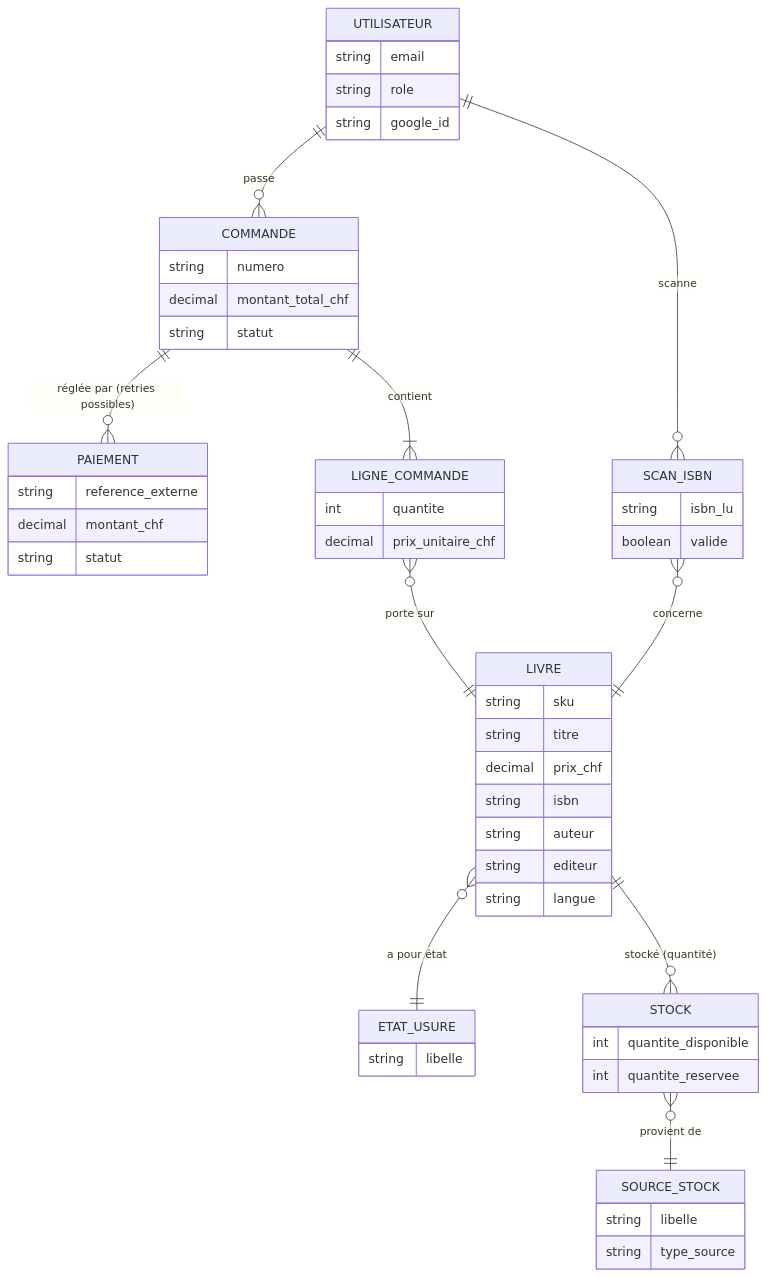
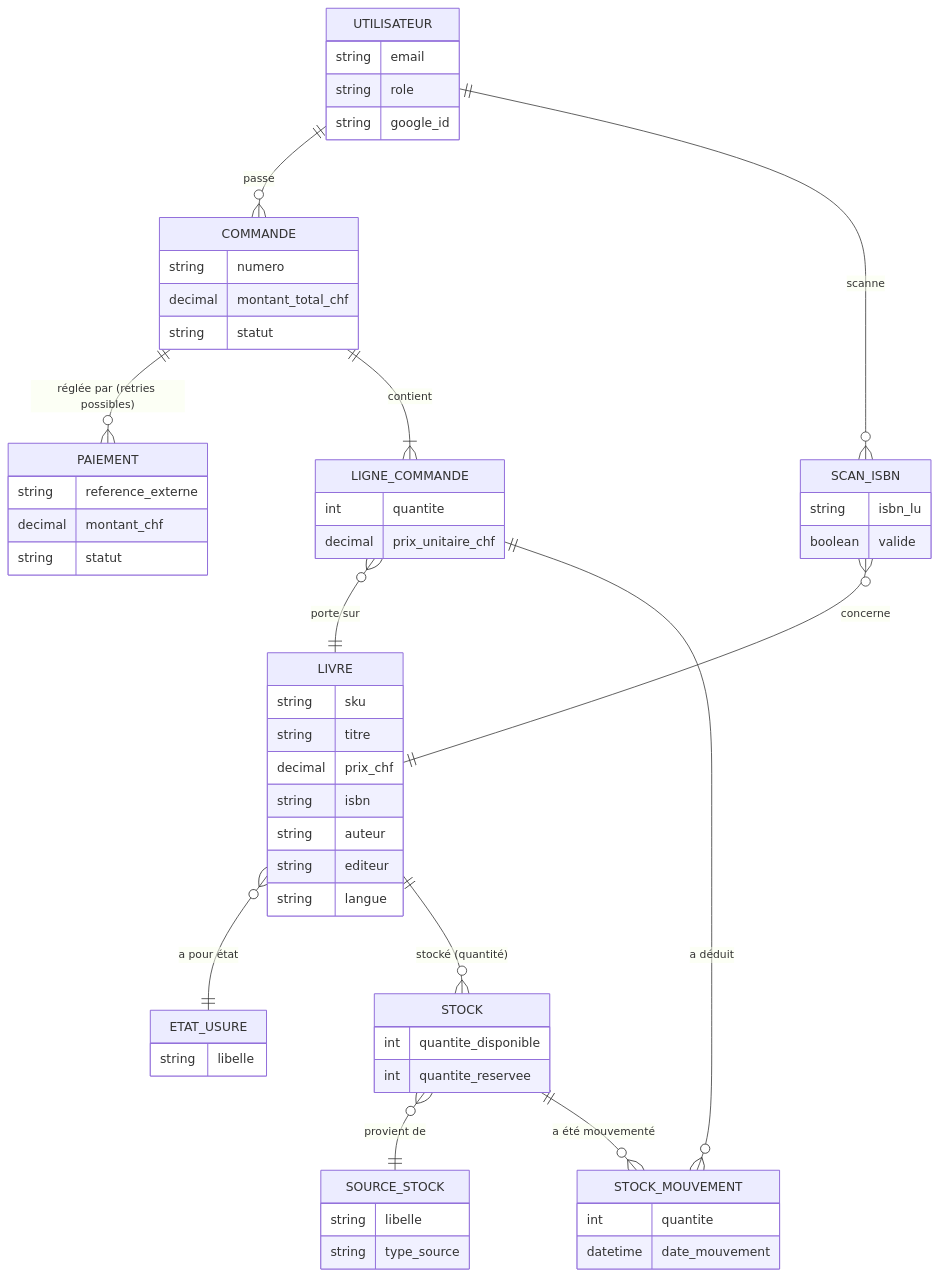
One commit to Visualstudiocodetest/caribooks changed the diagram in diagrams/mcd.mmd. Above: the diagram before and after it, drawn with Mermaid. The commit also changed 14 other files, not shown here.

```diff
--- a/diagrams/mcd.mmd
+++ b/diagrams/mcd.mmd
@@ -1,21 +1,24 @@
 %% Modèle Conceptuel de Données (MCD) — CARIBOOKS
 erDiagram
     LIVRE }o--|| ETAT_USURE : "a pour état"
     LIVRE ||--o{ STOCK : "stocké (quantité)"
     STOCK }o--|| SOURCE_STOCK : "provient de"
     UTILISATEUR ||--o{ COMMANDE : "passe"
     COMMANDE ||--o{ PAIEMENT : "réglée par (retries possibles)"
     COMMANDE ||--|{ LIGNE_COMMANDE : "contient"
     LIGNE_COMMANDE }o--|| LIVRE : "porte sur"
     UTILISATEUR ||--o{ SCAN_ISBN : "scanne"
     SCAN_ISBN }o--|| LIVRE : "concerne"
+    LIGNE_COMMANDE ||--o{ STOCK_MOUVEMENT : "a déduit"
+    STOCK ||--o{ STOCK_MOUVEMENT : "a été mouvementé"
 
     ETAT_USURE { string libelle }
     SOURCE_STOCK { string libelle string type_source }
     LIVRE { string sku string titre decimal prix_chf string isbn string auteur string editeur string langue }
     STOCK { int quantite_disponible int quantite_reservee }
     UTILISATEUR { string email string role string google_id }
     COMMANDE { string numero decimal montant_total_chf string statut }
     LIGNE_COMMANDE { int quantite decimal prix_unitaire_chf }
     PAIEMENT { string reference_externe decimal montant_chf string statut }
     SCAN_ISBN { string isbn_lu boolean valide }
+    STOCK_MOUVEMENT { int quantite datetime date_mouvement }
```
